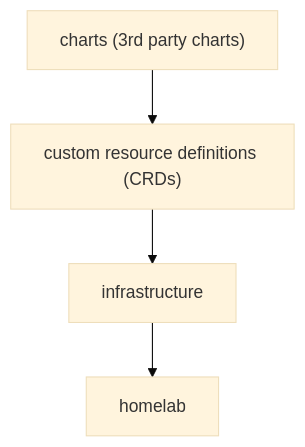
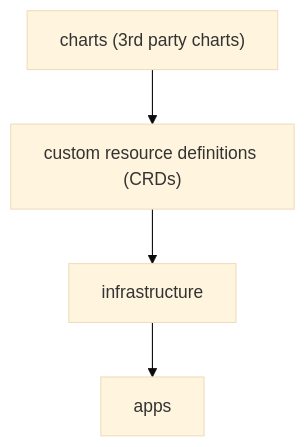
The diagram in cluster/base/README.md (loganmarchione/k8s_homelab), drawn with Mermaid (base theme) before and after one commit.

````diff
--- a/cluster/base/README.md
+++ b/cluster/base/README.md
@@ -3,6 +3,6 @@
 ```mermaid
 flowchart TD;
     A["charts (3rd party charts)"]-->B["custom resource definitions (CRDs)"];
     B-->C[infrastructure];
-    C-->D[homelab];
+    C-->D[apps];
 ```
````
